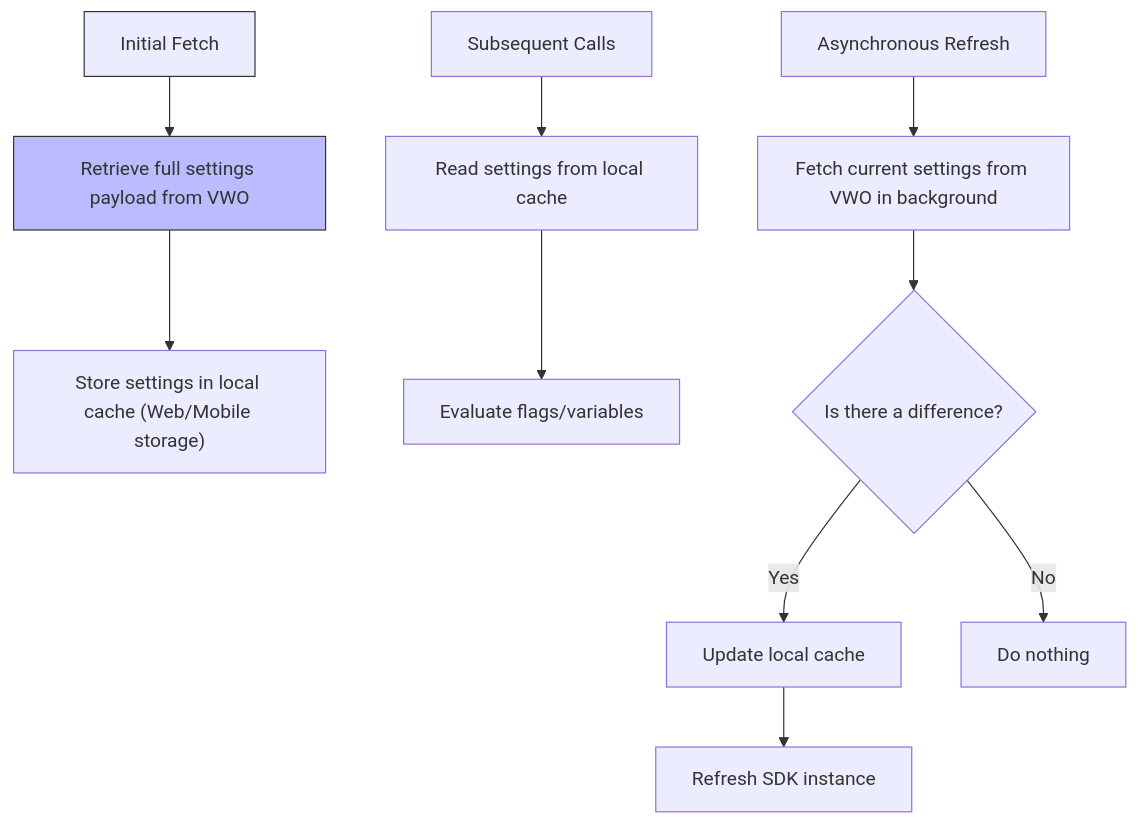
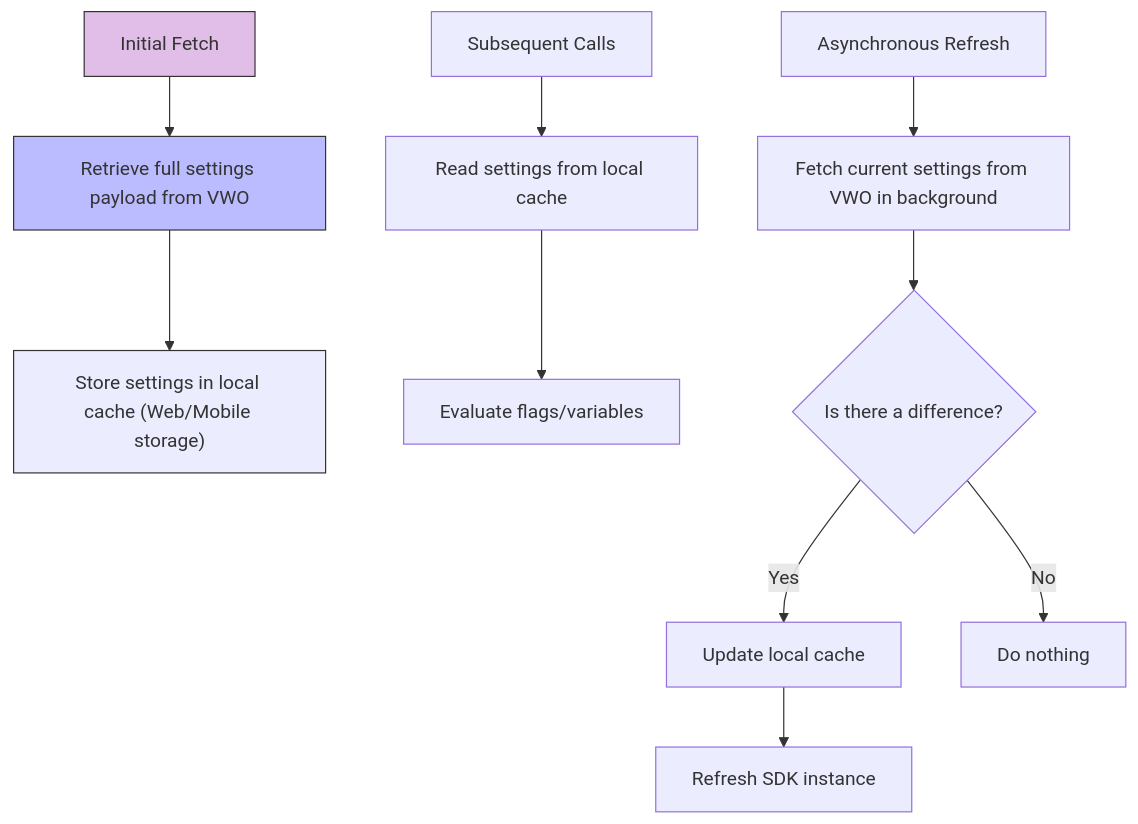
One commit to wingify/readme-central changed the first of 3 diagrams in docs/Concepts/fme-sdks-caching.md. Above: the diagram before and after it, drawn with Mermaid.

Commit message:
Update doc `fme-sdks-caching`

````diff
--- a/docs/Concepts/fme-sdks-caching.md
+++ b/docs/Concepts/fme-sdks-caching.md
@@ -50,19 +50,19 @@
 ```mermaid
 flowchart TD
     A[Initial Fetch] --> B[Retrieve full settings payload from VWO]
     B --> C["Store settings in local cache (Web/Mobile storage)"]
 
     D[Subsequent Calls] --> E[Read settings from local cache]
     E --> F[Evaluate flags/variables]
 
     G[Asynchronous Refresh] --> H[Fetch current settings from VWO in background]
     H --> I{Is there a difference?}
     I -- Yes --> J[Update local cache]
     J --> K[Refresh SDK instance]
     I -- No --> L[Do nothing]
 
     style A fill:#E1BEE7,stroke:#333,stroke-width:1px
     style B fill:#bbf,stroke:#333,stroke-width:1px
-    style A fill:#green,stroke:#333,stroke-width:1px
+    style C fill:#green,stroke:#333,stroke-width:1px
 
 ```
````
